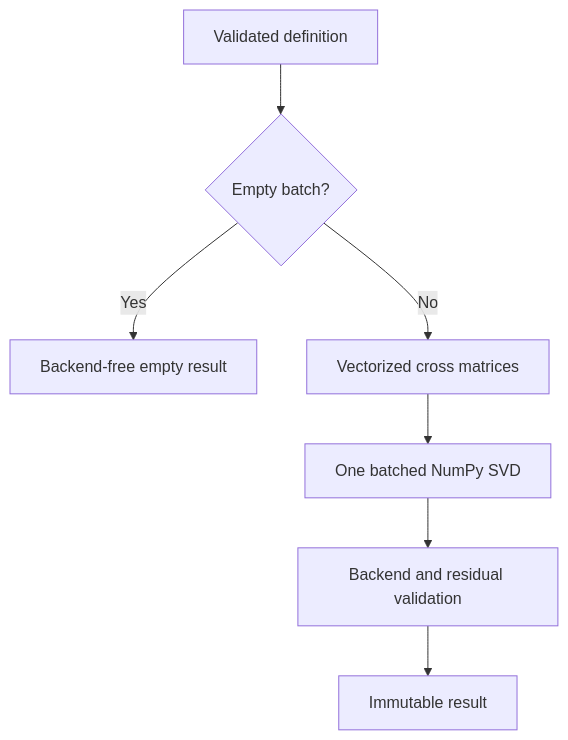
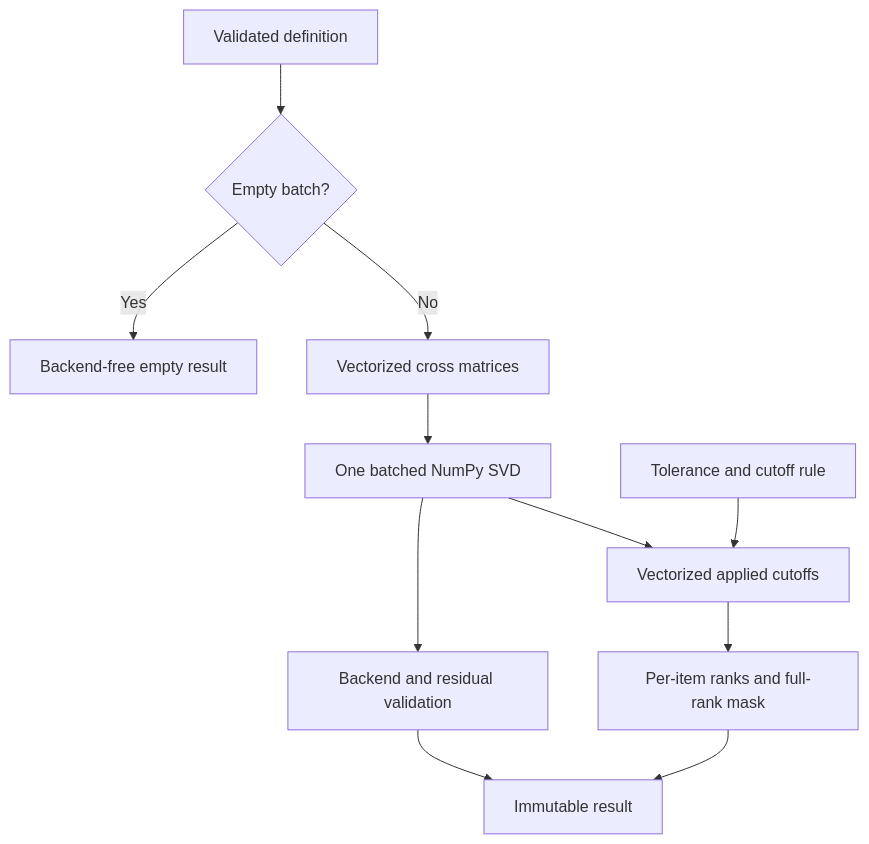
Before and after one commit to eragasa/projectkoios-optimization: the diagram in docs/architecture/projectkoios/optimization/alignment/batched_procrustes/numpy/solver/NumpyBatchedComplexUnitaryProcrustesSolver/schematics.md, drawn with Mermaid. The commit also changed 42 other files, not shown here.

Commit message:
Add selectable Procrustes rank cutoffs

````diff
--- a/docs/architecture/projectkoios/optimization/alignment/batched_procrustes/numpy/solver/NumpyBatchedComplexUnitaryProcrustesSolver/schematics.md
+++ b/docs/architecture/projectkoios/optimization/alignment/batched_procrustes/numpy/solver/NumpyBatchedComplexUnitaryProcrustesSolver/schematics.md
@@ -3,9 +3,13 @@
 ```mermaid
 flowchart TD
     D[Validated definition] --> E{Empty batch?}
     E -- Yes --> R0[Backend-free empty result]
     E -- No --> X[Vectorized cross matrices]
     X --> S[One batched NumPy SVD]
     S --> V[Backend and residual validation]
+    T[Tolerance and cutoff rule] --> K[Vectorized applied cutoffs]
+    S --> K
+    K --> Q[Per-item ranks and full-rank mask]
     V --> R[Immutable result]
+    Q --> R
 ```
````
